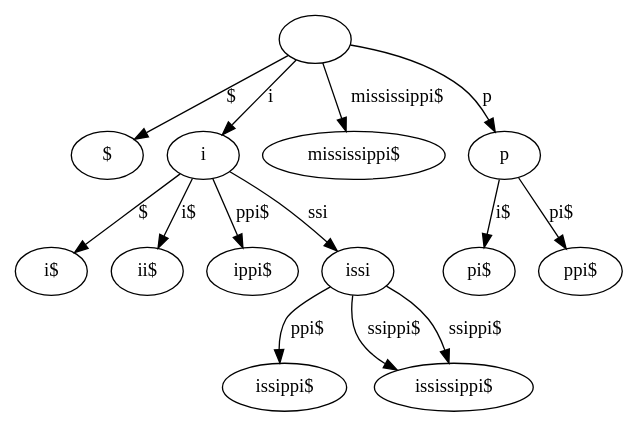
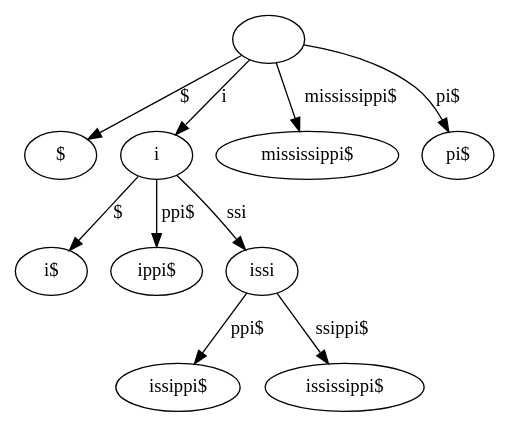
The diagram in 3_lcp_suffix_tree/test-output/iter/6.gv (cmkobel/GSA), drawn with Graphviz before and after one commit. The commit also changed 24 other files, not shown here.

```diff
--- a/3_lcp_suffix_tree/test-output/iter/6.gv
+++ b/3_lcp_suffix_tree/test-output/iter/6.gv
@@ -1,30 +1,22 @@
 // Suffix tree
 digraph {
 	"|" [label=""]
 	"$|$" [label="$"]
 	"|" -> "$|$" [label="$"]
 	"i|i" [label=i]
 	"$|i$" [label="i$"]
 	"i|i" -> "$|i$" [label="$"]
-	"i$|ii$" [label="ii$"]
-	"i|i" -> "i$|ii$" [label="i$"]
 	"ppi$|ippi$" [label="ippi$"]
 	"i|i" -> "ppi$|ippi$" [label="ppi$"]
 	"ssi|issi" [label=issi]
 	"ppi$|issippi$" [label="issippi$"]
 	"ssi|issi" -> "ppi$|issippi$" [label="ppi$"]
 	"ssippi$|ississippi$" [label="ississippi$"]
 	"ssi|issi" -> "ssippi$|ississippi$" [label="ssippi$"]
-	"ssippi$|ississippi$" [label="ississippi$"]
-	"ssi|issi" -> "ssippi$|ississippi$" [label="ssippi$"]
 	"i|i" -> "ssi|issi" [label=ssi]
 	"|" -> "i|i" [label=i]
 	"mississippi$|mississippi$" [label="mississippi$"]
 	"|" -> "mississippi$|mississippi$" [label="mississippi$"]
-	"p|p" [label=p]
-	"i$|pi$" [label="pi$"]
-	"p|p" -> "i$|pi$" [label="i$"]
-	"pi$|ppi$" [label="ppi$"]
-	"p|p" -> "pi$|ppi$" [label="pi$"]
-	"|" -> "p|p" [label=p]
+	"pi$|pi$" [label="pi$"]
+	"|" -> "pi$|pi$" [label="pi$"]
 }
```
